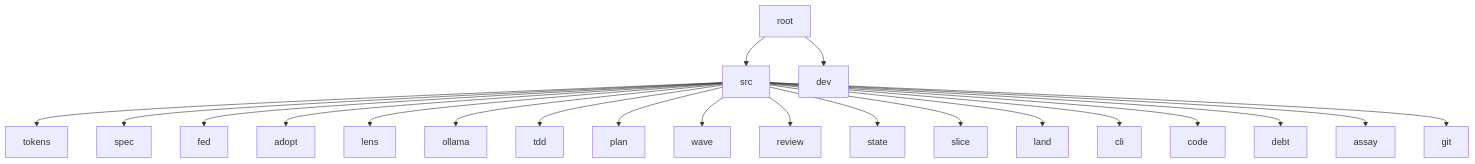
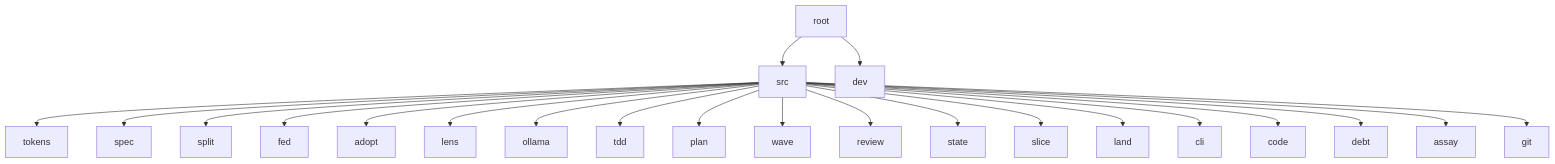
One commit to pr0d1r2/sherd changed the diagram in README.md. Above: the diagram before and after it, drawn with Mermaid. The commit also changed other lines of this file and 30 other files, not shown here.

First line of the commit message:
spec(split): `src/split` is a node -- its law moves with its code, 3 of 3

````diff
--- a/README.md
+++ b/README.md
@@ -100,44 +101,46 @@
 ```mermaid
 graph TD
     root[root]
     src[src]
     dev[dev]
     src_tokens[tokens]
     src_spec[spec]
+    src_split[split]
     src_fed[fed]
     src_adopt[adopt]
     src_lens[lens]
     src_ollama[ollama]
     src_tdd[tdd]
     src_plan[plan]
     src_wave[wave]
     src_review[review]
     src_state[state]
     src_slice[slice]
     src_land[land]
     src_cli[cli]
     src_code[code]
     src_debt[debt]
     src_assay[assay]
     src_git[git]
     root --> src
     root --> dev
     src --> src_tokens
     src --> src_spec
+    src --> src_split
     src --> src_fed
     src --> src_adopt
     src --> src_lens
     src --> src_ollama
     src --> src_tdd
     src --> src_plan
     src --> src_wave
     src --> src_review
     src --> src_state
     src --> src_slice
     src --> src_land
     src --> src_cli
     src --> src_code
     src --> src_debt
     src --> src_assay
     src --> src_git
 ```
````
